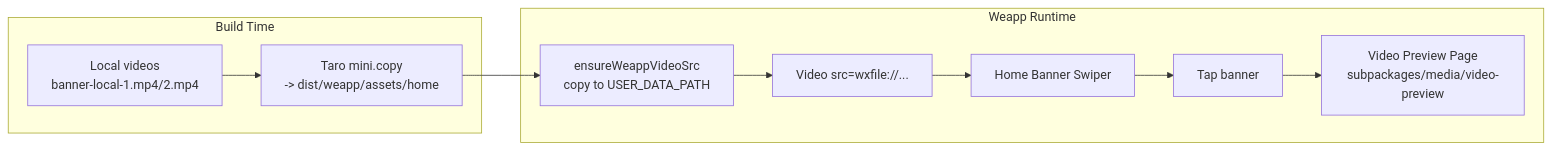
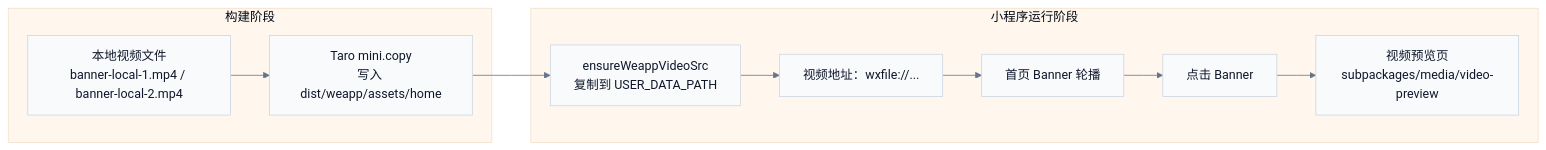
One commit to Ming-1984/Ipmoney changed the diagram in docs/architecture/home-banner-local-media.mmd. Above: the diagram before and after it, drawn with Mermaid. The commit also changed other lines of this file and 91 other files, not shown here.

```diff
--- a/docs/architecture/home-banner-local-media.mmd
+++ b/docs/architecture/home-banner-local-media.mmd
@@ -1,15 +1,16 @@
+%%{init: {'theme':'base','flowchart': {'htmlLabels': true, 'curve': 'linear'},'themeVariables': {'fontFamily': 'Microsoft YaHei, PingFang SC, Noto Sans CJK SC, Helvetica Neue, Arial, sans-serif','lineColor':'#64748B','primaryTextColor':'#0F172A','primaryBorderColor':'#CBD5E1','primaryColor':'#F8FAFC','secondaryColor':'#EFF6FF','tertiaryColor':'#FFF7ED'}}}%%
 flowchart LR
-  subgraph Build[Build Time]
-    A[Local videos\nbanner-local-1.mp4/2.mp4] --> B[Taro mini.copy\n-> dist/weapp/assets/home]
+  subgraph Build[构建阶段]
+    A[本地视频文件<br/>banner-local-1.mp4 / banner-local-2.mp4] --> B[Taro mini.copy<br/>写入 dist/weapp/assets/home]
   end
 
-  subgraph Weapp[Weapp Runtime]
-    C[Home Banner Swiper]
-    D[ensureWeappVideoSrc\ncopy to USER_DATA_PATH]
-    E[Video src=wxfile://...]
-    F[Tap banner]
-    G[Video Preview Page\nsubpackages/media/video-preview]
+  subgraph Weapp[小程序运行阶段]
+    C[首页 Banner 轮播]
+    D[ensureWeappVideoSrc<br/>复制到 USER_DATA_PATH]
+    E[视频地址：wxfile://...]
+    F[点击 Banner]
+    G[视频预览页<br/>subpackages/media/video-preview]
   end
 
   B --> D --> E --> C
   C --> F --> G
```
